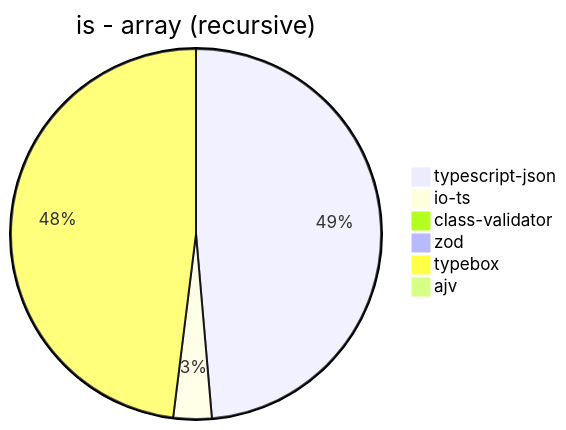
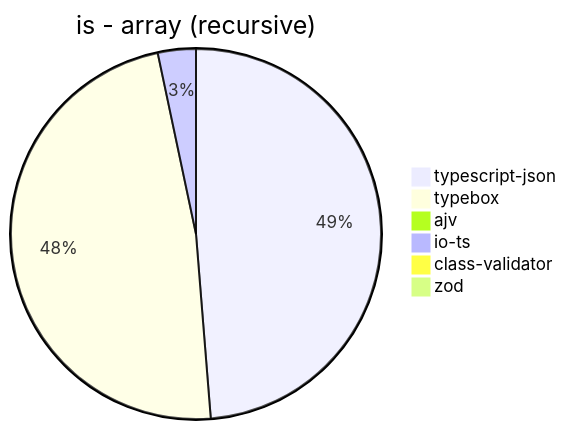
The fifth of 39 diagrams in benchmark/results/AMD Ryzen 7 5800H with Radeon Graphics.md (samchon/typia), drawn with Mermaid before and after one commit. The commit also changed other lines of this file and 7 other files, not shown here.

````diff
--- a/benchmark/results/AMD Ryzen 7 5800H with Radeon Graphics.md
+++ b/benchmark/results/AMD Ryzen 7 5800H with Radeon Graphics.md
@@ -65,9 +65,9 @@
 ```mermaid
 pie title is - array (recursive)
-  "typescript-json": 7141.006661732051
-  "io-ts": 491.2676056338028
-  "class-validator": 3.3733133433283355
-  "zod": 8.556547619047619
-  "typebox": 7052.944454765001
+  "typescript-json": 7189.754022563344
+  "typebox": 7075.851684547337
   "ajv": 0
+  "io-ts": 489.6803652968037
+  "class-validator": 3.181733108740408
+  "zod": 8.88804841149773
 ```
````
